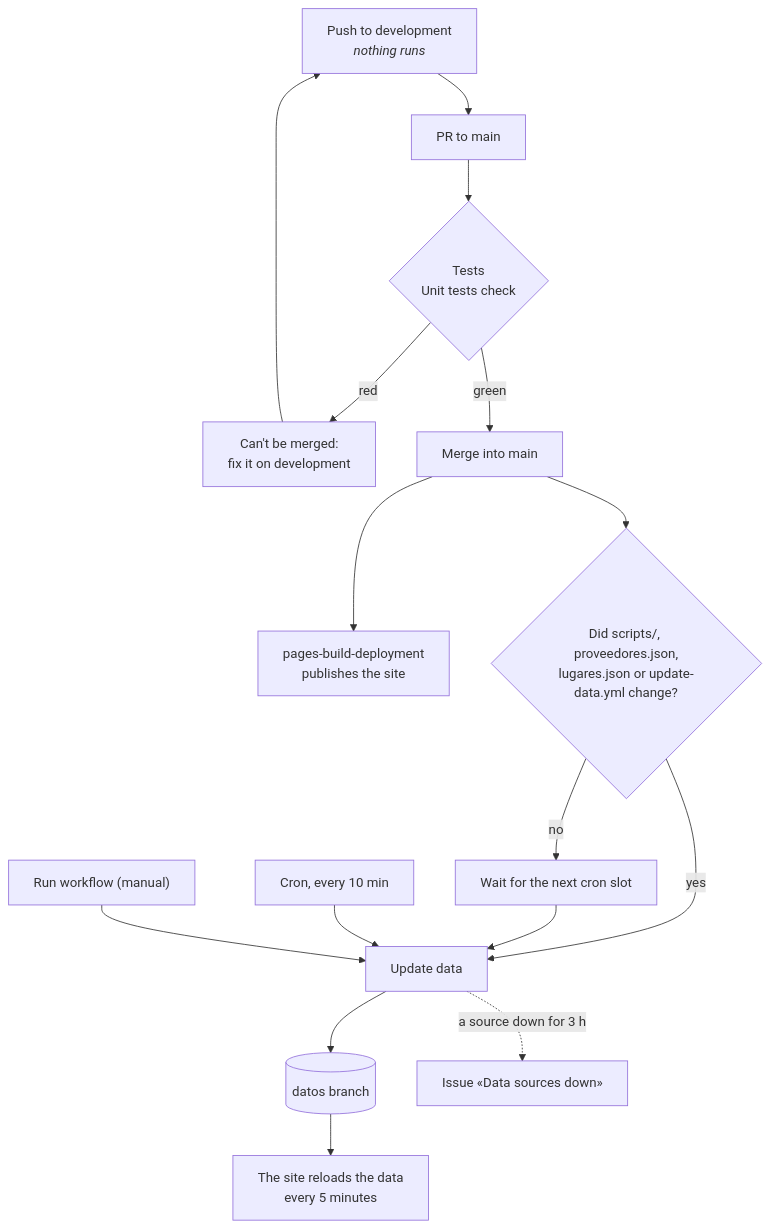
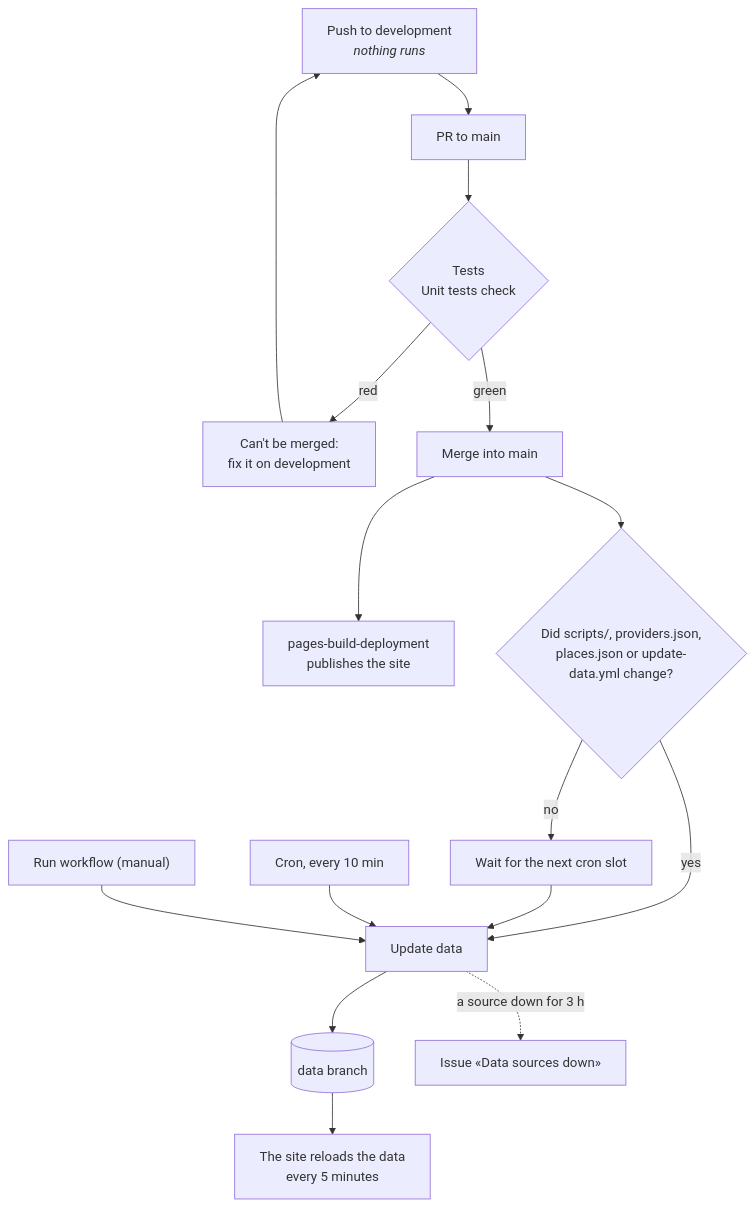
One commit to serbenda/uptime changed the fifth of 6 diagrams in README.md. Above: the diagram before and after it, drawn with Mermaid. The commit also changed other lines of this file and 44 other files, not shown here.

First line of the commit message:
Translate all the code to English and rename the datos branch to data

````diff
--- a/README.md
+++ b/README.md
@@ -694,18 +694,18 @@
 ```mermaid
 flowchart TB
   Dev["Push to development<br/><i>nothing runs</i>"] --> PR["PR to main"]
   PR --> Tests{"Tests<br/>Unit tests check"}
   Tests -- red --> Fix["Can't be merged:<br/>fix it on development"]
   Fix --> Dev
   Tests -- green --> Merge["Merge into main"]
   Merge --> Pages["pages-build-deployment<br/>publishes the site"]
-  Merge --> Changed{"Did scripts/, proveedores.json,<br/>lugares.json or update-data.yml change?"}
+  Merge --> Changed{"Did scripts/, providers.json,<br/>places.json or update-data.yml change?"}
   Changed -- yes --> Update
   Changed -- no --> Wait["Wait for the next cron slot"]
   Wait --> Update
   Cron["Cron, every 10 min"] --> Update["Update data"]
   Manual["Run workflow (manual)"] --> Update
-  Update --> Datos[("datos branch")]
+  Update --> Data[("data branch")]
   Update -. a source down for 3 h .-> Issue["Issue «Data sources down»"]
-  Datos --> Site["The site reloads the data<br/>every 5 minutes"]
+  Data --> Site["The site reloads the data<br/>every 5 minutes"]
 ```
````
